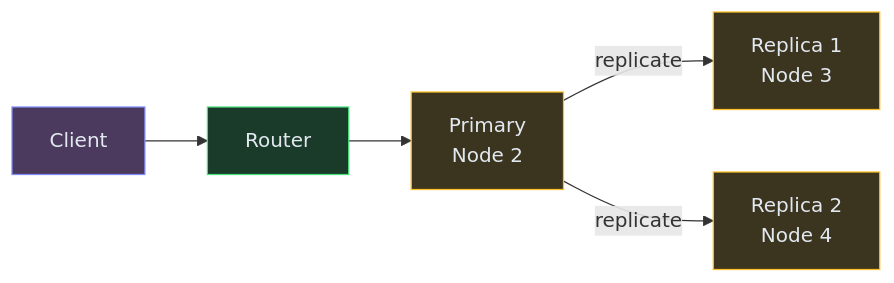
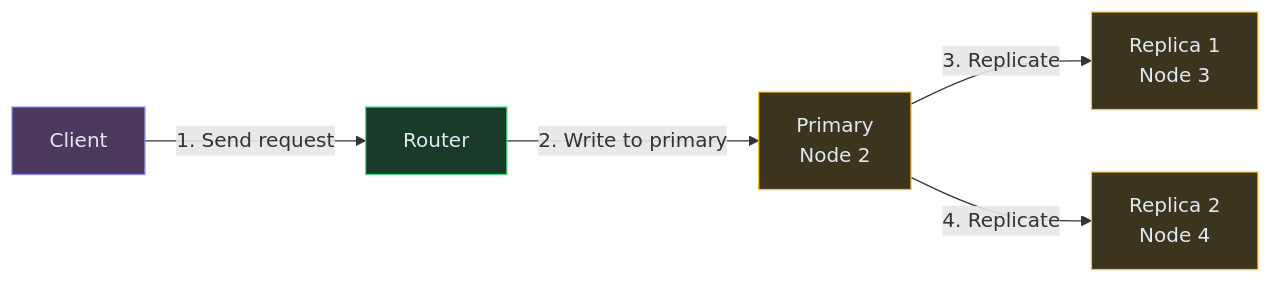
The third of 10 diagrams in content/hld/KeyValueStore.md (iluzn/HLD-Designs), drawn with Mermaid before and after one commit. The commit also changed other lines of this file and 27 other files, not shown here.

````diff
--- a/content/hld/KeyValueStore.md
+++ b/content/hld/KeyValueStore.md
@@ -212,17 +212,17 @@
 ```mermaid
 flowchart LR
     C["Client"]:::client
     R["Router"]:::service
     P["Primary<br/>Node 2"]:::data
     R1["Replica 1<br/>Node 3"]:::data
     R2["Replica 2<br/>Node 4"]:::data
 
-    C --> R
-    R --> P
-    P -->|"replicate"| R1
-    P -->|"replicate"| R2
+    C -->|"1. Send request"| R
+    R -->|"2. Write to primary"| P
+    P -->|"3. Replicate"| R1
+    P -->|"4. Replicate"| R2
 
     classDef client fill:#4c3a5e,stroke:#818cf8,color:#e2e8f0
     classDef service fill:#1a3a2a,stroke:#4ade80,color:#e2e8f0
     classDef data fill:#3b3520,stroke:#fbbf24,color:#e2e8f0
 ```
````
